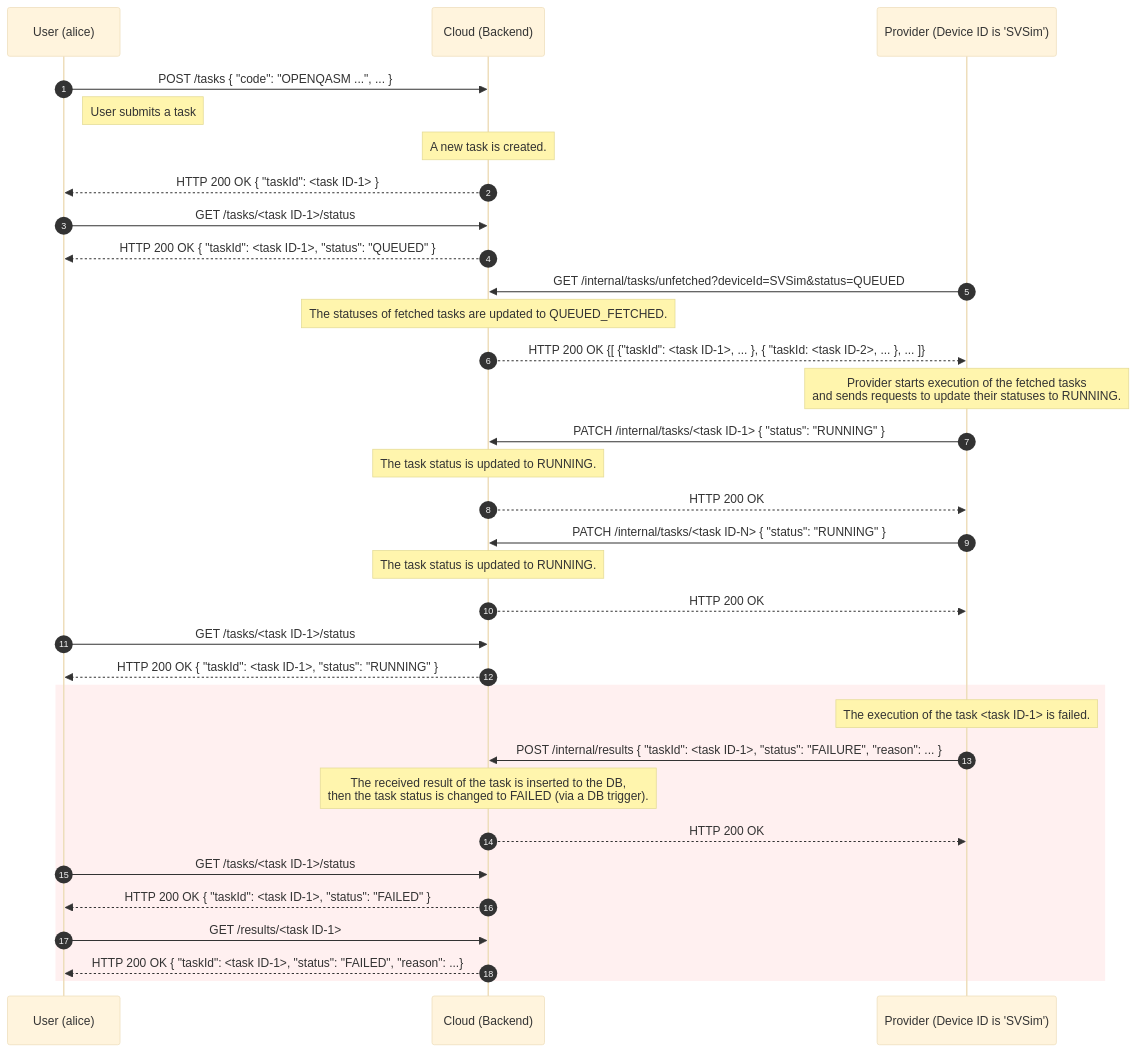
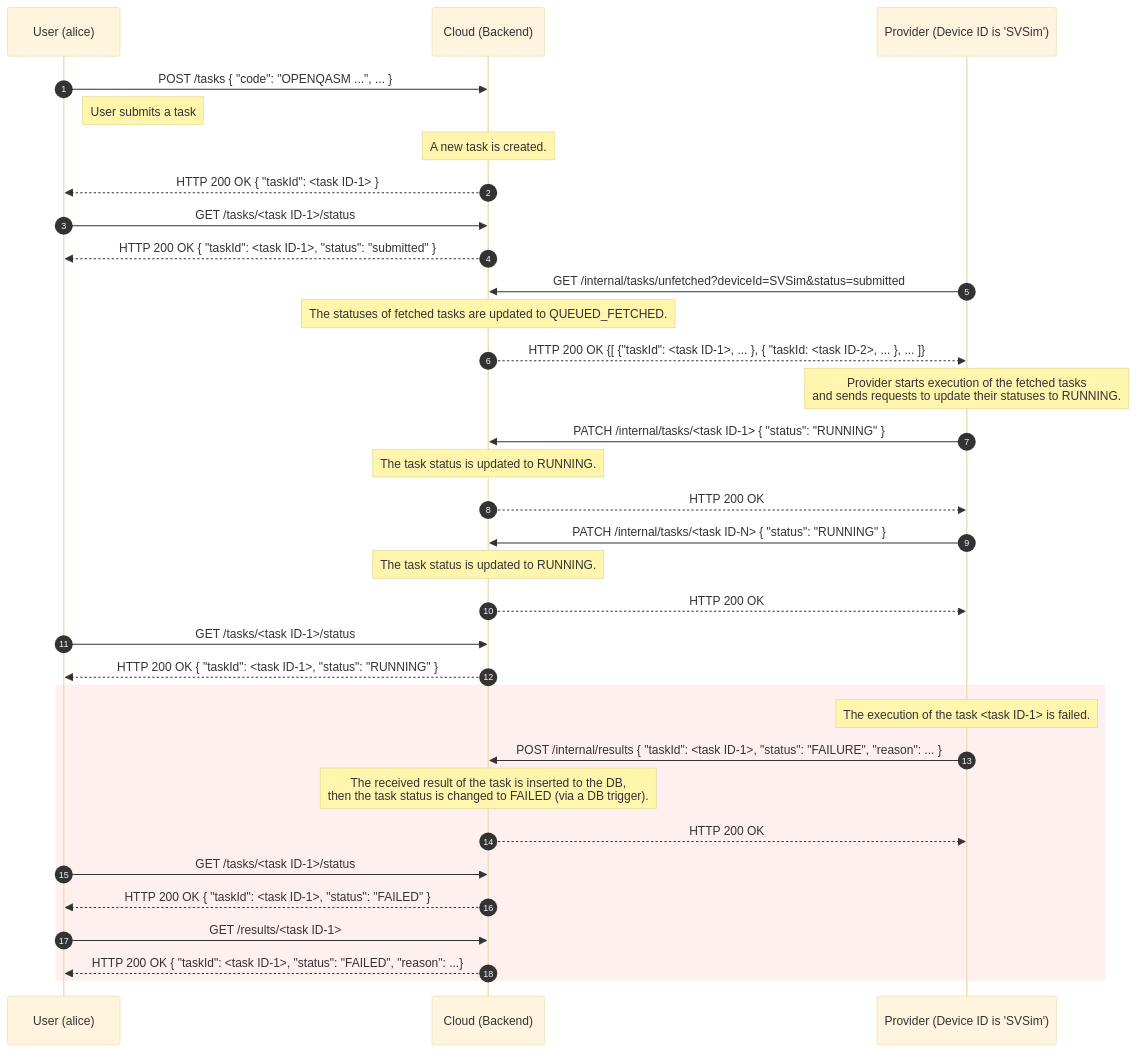
Before and after one commit to oqtopus-team/oqtopus-cloud: the second of 3 diagrams in docs/en/architecture/sequence_diagram.md, drawn with Mermaid (base theme). The commit also changed other lines of this file and 38 other files, not shown here.

````diff
--- a/docs/en/architecture/sequence_diagram.md
+++ b/docs/en/architecture/sequence_diagram.md
@@ -92,44 +92,44 @@
 ```mermaid
 sequenceDiagram
     autonumber
     participant User as User (alice)
     participant Cloud as Cloud (Backend)
     participant Provider as Provider (Device ID is 'SVSim')
 
     User->>Cloud: POST /tasks { "code": "OPENQASM ...", ... }
     Note right of User: User submits a task
     Note over Cloud: A new task is created.
     Cloud-->>User: HTTP 200 OK { "taskId": <task ID-1> }
 
     User->>Cloud: GET /tasks/<task ID-1>/status
-    Cloud-->>User: HTTP 200 OK { "taskId": <task ID-1>, "status": "QUEUED" }
+    Cloud-->>User: HTTP 200 OK { "taskId": <task ID-1>, "status": "submitted" }
 
-    Provider->>Cloud: GET /internal/tasks/unfetched?deviceId=SVSim&status=QUEUED
+    Provider->>Cloud: GET /internal/tasks/unfetched?deviceId=SVSim&status=submitted
     Note over Cloud: The statuses of fetched tasks are updated to QUEUED_FETCHED.
     Cloud-->>Provider: HTTP 200 OK {[ {"taskId": <task ID-1>, ... }, { "taskId: <task ID-2>, ... }, ... ]}
 
     Note over Provider: Provider starts execution of the fetched tasks<br>and sends requests to update their statuses to RUNNING.
     Provider->>Cloud: PATCH /internal/tasks/<task ID-1> { "status": "RUNNING" }
     Note over Cloud: The task status is updated to RUNNING.
     Cloud-->>Provider: HTTP 200 OK
 
     Provider->>Cloud: PATCH /internal/tasks/<task ID-N> { "status": "RUNNING" }
     Note over Cloud: The task status is updated to RUNNING.
     Cloud-->>Provider: HTTP 200 OK
 
     User->>Cloud: GET /tasks/<task ID-1>/status
     Cloud-->>User: HTTP 200 OK { "taskId": <task ID-1>, "status": "RUNNING" }
 
     rect rgb(255, 240, 240)
         Note over Provider: The execution of the task <task ID-1> is failed.
         Provider->>Cloud: POST /internal/results { "taskId": <task ID-1>, "status": "FAILURE", "reason": ... }
         Note over Cloud: The received result of the task is inserted to the DB,<br> then the task status is changed to FAILED (via a DB trigger).
         Cloud-->>Provider: HTTP 200 OK
   
         User->>Cloud: GET /tasks/<task ID-1>/status
         Cloud-->>User: HTTP 200 OK { "taskId": <task ID-1>, "status": "FAILED" }
   
         User->>Cloud: GET /results/<task ID-1>
         Cloud-->>User: HTTP 200 OK { "taskId": <task ID-1>, "status": "FAILED", "reason": ...}
     end
 ```
````
